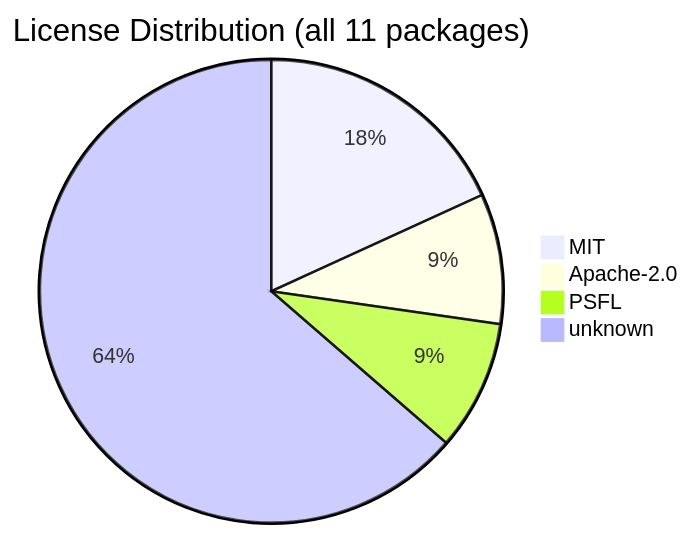
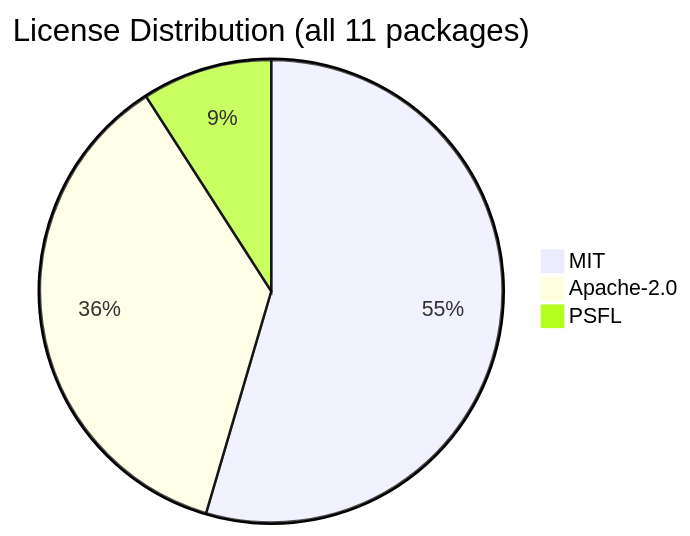
The diagram in .shipwright/compliance/sbom.md (svenroth-ai/shipwright), drawn with Mermaid before and after one commit. The commit also changed other lines of this file and 102 other files, not shown here.

````diff
--- a/.shipwright/compliance/sbom.md
+++ b/.shipwright/compliance/sbom.md
@@ -18,7 +18,6 @@
 ```mermaid
 pie title License Distribution (all 11 packages)
-    "MIT" : 2
-    "Apache-2.0" : 1
+    "MIT" : 6
+    "Apache-2.0" : 4
     "PSFL" : 1
-    "unknown" : 7
 ```
````
